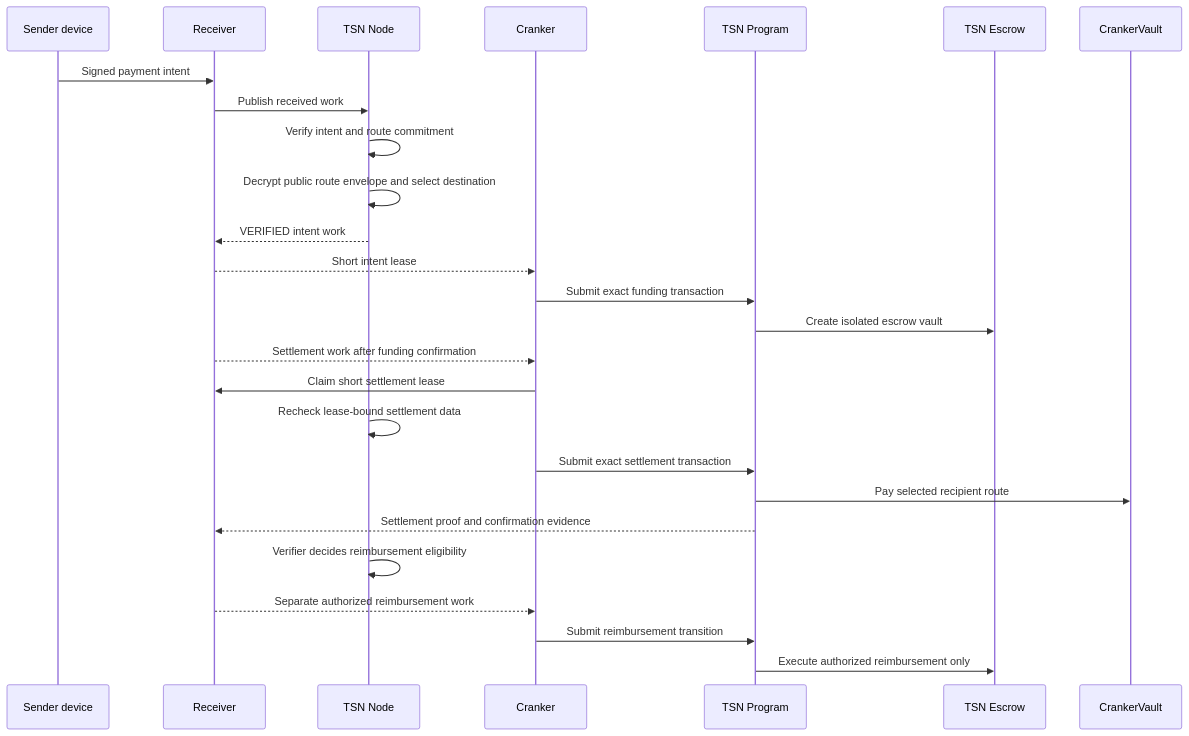
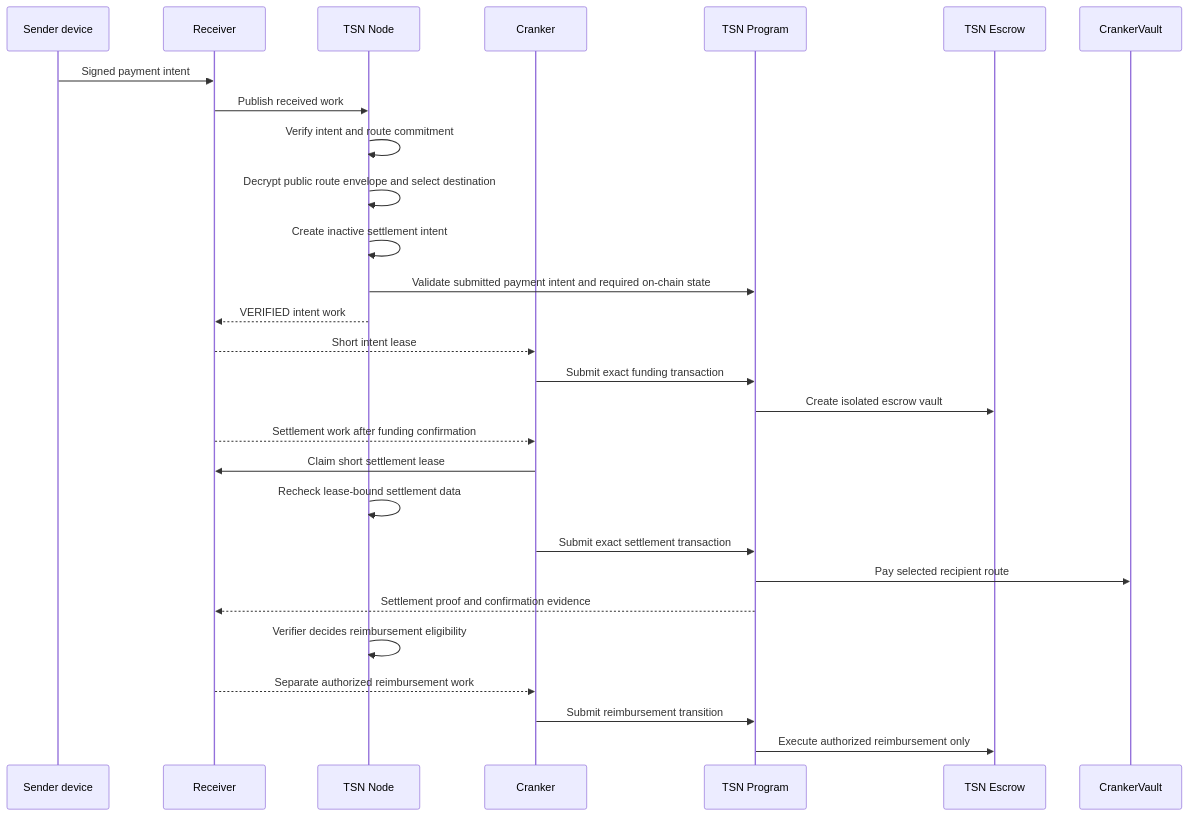
Before and after one commit to bigdreamsweb3/trustlink-pay: the third of 3 diagrams in docs/TSN-FINAL-ARCHITECTURE.md, drawn with Mermaid. The commit also changed 4 other files, not shown here.

````diff
--- a/docs/TSN-FINAL-ARCHITECTURE.md
+++ b/docs/TSN-FINAL-ARCHITECTURE.md
@@ -117,29 +117,31 @@
 ```mermaid
 sequenceDiagram
   participant S as Sender device
   participant R as Receiver
   participant N as TSN Node
   participant C as Cranker
   participant P as TSN Program
   participant E as TSN Escrow
   participant V as CrankerVault
 
   S->>R: Signed payment intent
   R->>N: Publish received work
   N->>N: Verify intent and route commitment
   N->>N: Decrypt public route envelope and select destination
+  N->>N: Create inactive settlement intent
+  N->>P: Validate submitted payment intent and required on-chain state
   N-->>R: VERIFIED intent work
   R-->>C: Short intent lease
   C->>P: Submit exact funding transaction
   P->>E: Create isolated escrow vault
   R-->>C: Settlement work after funding confirmation
   C->>R: Claim short settlement lease
   N->>N: Recheck lease-bound settlement data
   C->>P: Submit exact settlement transaction
   P->>V: Pay selected recipient route
   P-->>R: Settlement proof and confirmation evidence
   N->>N: Verifier decides reimbursement eligibility
   R-->>C: Separate authorized reimbursement work
   C->>P: Submit reimbursement transition
   P->>E: Execute authorized reimbursement only
 ```
````
